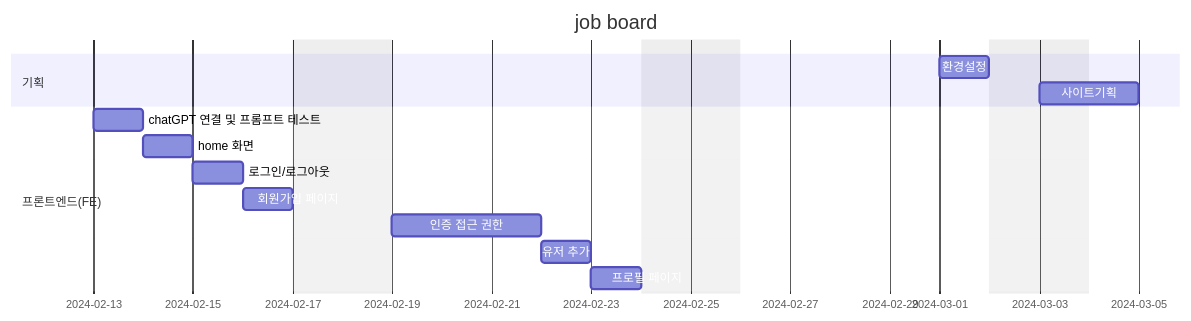
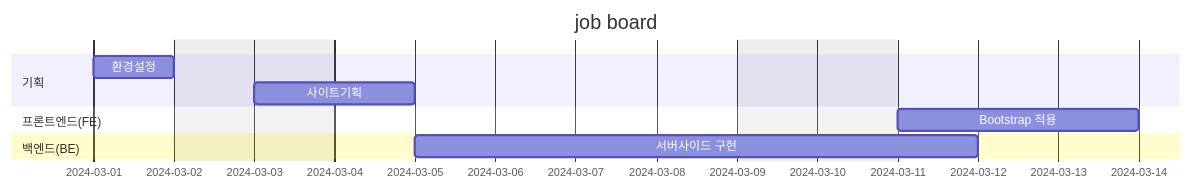
The second of 2 diagrams in README.md (northeast23/djangojobs), drawn with Mermaid before and after one commit. The commit also changed other lines of this file, not shown here.

````diff
--- a/README.md
+++ b/README.md
@@ -126,19 +117,16 @@
 ```mermaid
 gantt
     title job board
     dateFormat  YY-MM-DD
     excludes weekends
 
     section 기획 
     환경설정   :a1, 24-03-01, 1d
     사이트기획 :a2, 24-03-03, 2d
 
     section 프론트엔드(FE)
-    chatGPT 연결 및 프롬프트 테스트 : 24-02-13, 1d
-    home 화면 : 24-02-14, 1d
-    로그인/로그아웃 : 24-02-15, 1d
-    회원가입 페이지 : 24-02-16, 1d
-    인증 접근 권한 : 24-02-19, 3d
-    유저 추가 : 24-02-22, 1d
-    프로필 페이지 : 24-02-23, 1d       
+    Bootstrap 적용: a4, 24-03-11, 3d
+
+    section 백엔드(BE)
+    서버사이드 구현:a3, 24-03-05, 5d
 ```
````
